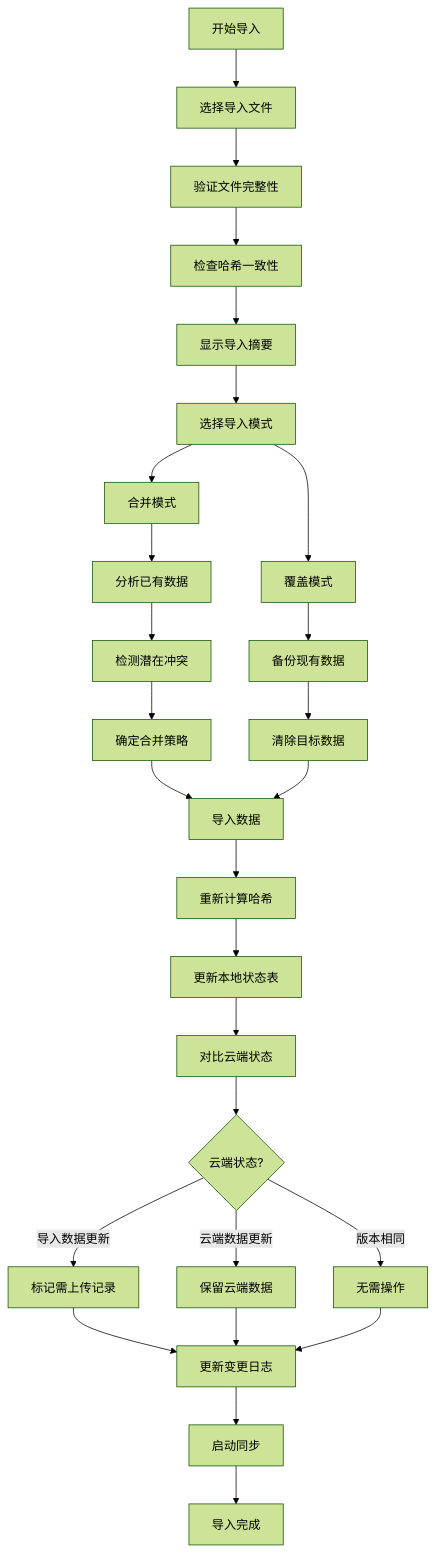
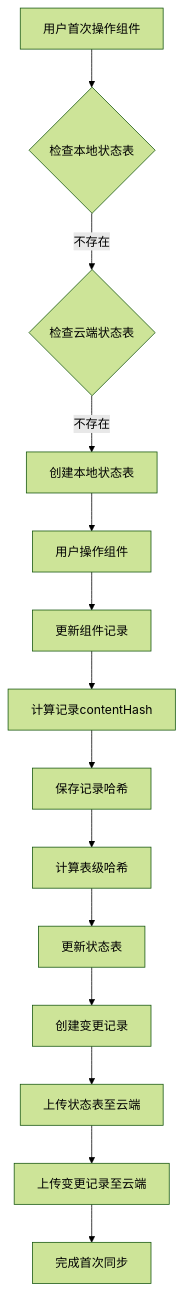
The diagram in all/未命名-42.md (yingjianzh/iodraw-files), drawn with Mermaid (forest theme) before and after one commit.

Commit message:
2025-04-24 15:45:16 update

````diff
--- a/all/未命名-42.md
+++ b/all/未命名-42.md
@@ -1,39 +1,21 @@
 ```mermaid
 flowchart TD
-    Start[开始导入] --> SelectImportFile[选择导入文件]
-    SelectImportFile --> ValidateFile[验证文件完整性]
+    Start[用户首次操作组件] --> CheckLocalState{检查本地状态表}
+    CheckLocalState -- 不存在 --> CheckCloudState{检查云端状态表}
     
-    ValidateFile --> CheckHashConsistency[检查哈希一致性]
-    CheckHashConsistency --> DisplaySummary[显示导入摘要]
+    CheckCloudState -- 不存在 --> CreateLocalState[创建本地状态表]
+    CreateLocalState --> FirstOperation[用户操作组件]
     
-    DisplaySummary --> SelectImportMode[选择导入模式]
-    SelectImportMode --> MergeMode[合并模式]
-    SelectImportMode --> OverwriteMode[覆盖模式]
+    FirstOperation --> UpdateRecord[更新组件记录]
+    UpdateRecord --> CalculateHash[计算记录contentHash]
+    CalculateHash --> SaveRecordHash[保存记录哈希]
     
-    MergeMode --> AnalyzeExisting[分析已有数据]
-    AnalyzeExisting --> DetectConflicts[检测潜在冲突]
-    DetectConflicts --> ResolveMergeStrategy[确定合并策略]
+    SaveRecordHash --> CalculateTableHash[计算表级哈希]
+    CalculateTableHash --> UpdateStateTable[更新状态表]
     
-    OverwriteMode --> BackupExisting[备份现有数据]
-    BackupExisting --> ClearTargetData[清除目标数据]
+    UpdateStateTable --> CreateChange[创建变更记录]
+    CreateChange --> UploadState[上传状态表至云端]
+    UploadState --> UploadChanges[上传变更记录至云端]
     
-    ResolveMergeStrategy --> ImportData[导入数据]
-    ClearTargetData --> ImportData
-    
-    ImportData --> RecalculateHashes[重新计算哈希]
-    RecalculateHashes --> UpdateLocalState[更新本地状态表]
-    
-    UpdateLocalState --> DetectCloudChanges[对比云端状态]
-    DetectCloudChanges --> CloudStateCheck{云端状态?}
-    
-    CloudStateCheck -- 导入数据更新 --> MarkForUpload[标记需上传记录]
-    CloudStateCheck -- 云端数据更新 --> KeepCloudData[保留云端数据]
-    CloudStateCheck -- 版本相同 --> NoAction[无需操作]
-    
-    MarkForUpload --> UpdateChangeLog[更新变更日志]
-    KeepCloudData --> UpdateChangeLog
-    NoAction --> UpdateChangeLog
-    
-    UpdateChangeLog --> InitiateSync[启动同步]
-    InitiateSync --> End[导入完成]
+    UploadChanges --> CompleteFirstSync[完成首次同步]
 ```
````
